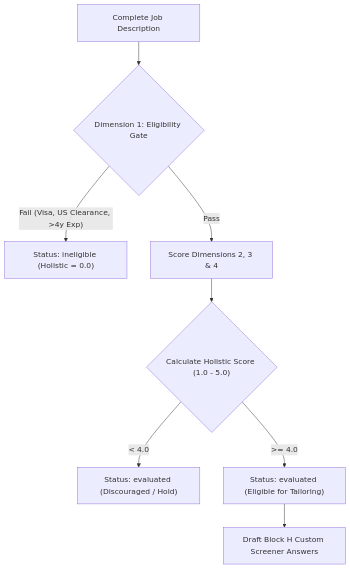
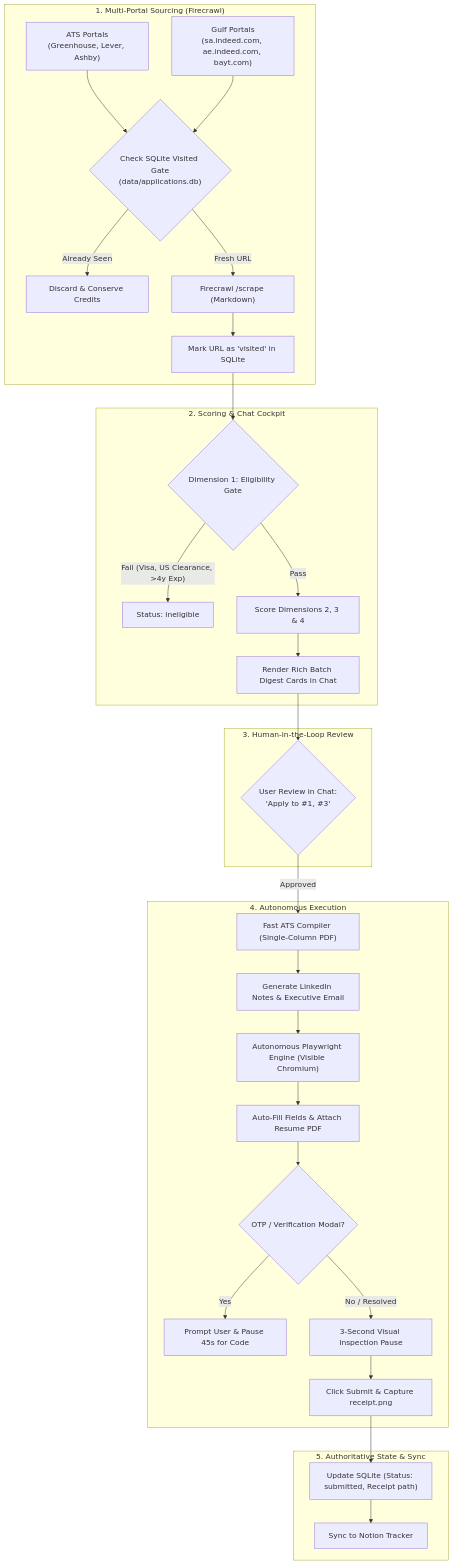
One commit to redfries/career-ops-automation changed the diagram in AGENT_SOP.md. Above: the diagram before and after it, drawn with Mermaid. The commit also changed other lines of this file and 15 other files, not shown here.

Commit message:
feat(hitl): integrate multi-portal Firecrawl hunter, autonomous browser submitter, and deep reach engine

````diff
--- a/AGENT_SOP.md
+++ b/AGENT_SOP.md
@@ -60,10 +38,38 @@
 ```mermaid
 flowchart TD
-    JD["Complete Job Description"] --> GateCheck{"Dimension 1: Eligibility Gate"}
-    GateCheck -- "Fail (Visa, US Clearance, >4y Exp)" --> Ineligible["Status: ineligible (Holistic = 0.0)"]
-    GateCheck -- "Pass" --> Scoring["Score Dimensions 2, 3 & 4"]
-    Scoring --> Holistic{"Calculate Holistic Score (1.0 - 5.0)"}
-    Holistic -- "< 4.0" --> Hold["Status: evaluated (Discouraged / Hold)"]
-    Holistic -- ">= 4.0" --> Ready["Status: evaluated (Eligible for Tailoring)"]
-    Ready --> BlockH["Draft Block H Custom Screener Answers"]
+    subgraph Discovery ["1. Multi-Portal Sourcing (Firecrawl)"]
+        FC_ATS["ATS Portals\n(Greenhouse, Lever, Ashby)"]
+        FC_Gulf["Gulf Portals\n(sa.indeed.com, ae.indeed.com, bayt.com)"]
+        FC_ATS & FC_Gulf --> DedupeCheck{"Check SQLite Visited Gate\n(data/applications.db)"}
+        DedupeCheck -- "Already Seen" --> Skip["Discard & Conserve Credits"]
+        DedupeCheck -- "Fresh URL" --> Scrape["Firecrawl /scrape (Markdown)"]
+        Scrape --> RecordVisited["Mark URL as 'visited' in SQLite"]
+    end
+
+    subgraph Evaluation ["2. Scoring & Chat Cockpit"]
+        RecordVisited --> GateCheck{"Dimension 1: Eligibility Gate"}
+        GateCheck -- "Fail (Visa, US Clearance, >4y Exp)" --> Ineligible["Status: ineligible"]
+        GateCheck -- "Pass" --> Scoring["Score Dimensions 2, 3 & 4"]
+        Scoring --> CardDeck["Render Rich Batch Digest Cards in Chat"]
+    end
+
+    subgraph HITL ["3. Human-in-the-Loop Review"]
+        CardDeck --> UserCommand{"User Review in Chat:\n'Apply to #1, #3'"}
+    end
+
+    subgraph Execution ["4. Autonomous Execution"]
+        UserCommand -- "Approved" --> TailorPDF["Fast ATS Compiler (Single-Column PDF)"]
+        TailorPDF --> OutreachDossier["Generate LinkedIn Notes & Executive Email"]
+        OutreachDossier --> AIBrowser["Autonomous Playwright Engine (Visible Chromium)"]
+        AIBrowser --> AutoFill["Auto-Fill Fields & Attach Resume PDF"]
+        AutoFill --> Option3Check{"OTP / Verification Modal?"}
+        Option3Check -- "Yes" --> WaitPrompt["Prompt User & Pause 45s for Code"]
+        Option3Check -- "No / Resolved" --> VisualCountdown["3-Second Visual Inspection Pause"]
+        VisualCountdown --> AutoSubmit["Click Submit & Capture receipt.png"]
+    end
+
+    subgraph Storage ["5. Authoritative State & Sync"]
+        AutoSubmit --> SQLite["Update SQLite (Status: submitted, Receipt path)"]
+        SQLite --> Notion["Sync to Notion Tracker"]
+    end
 ```
````
